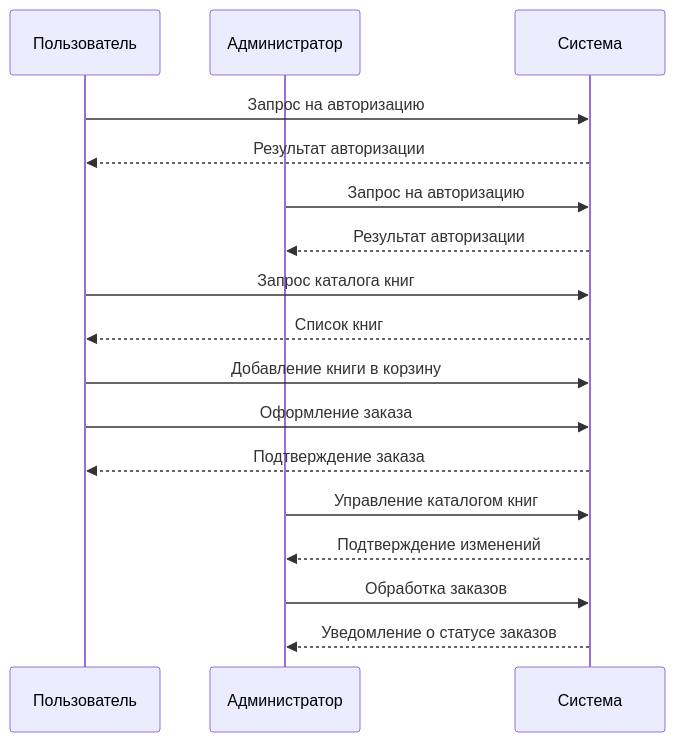
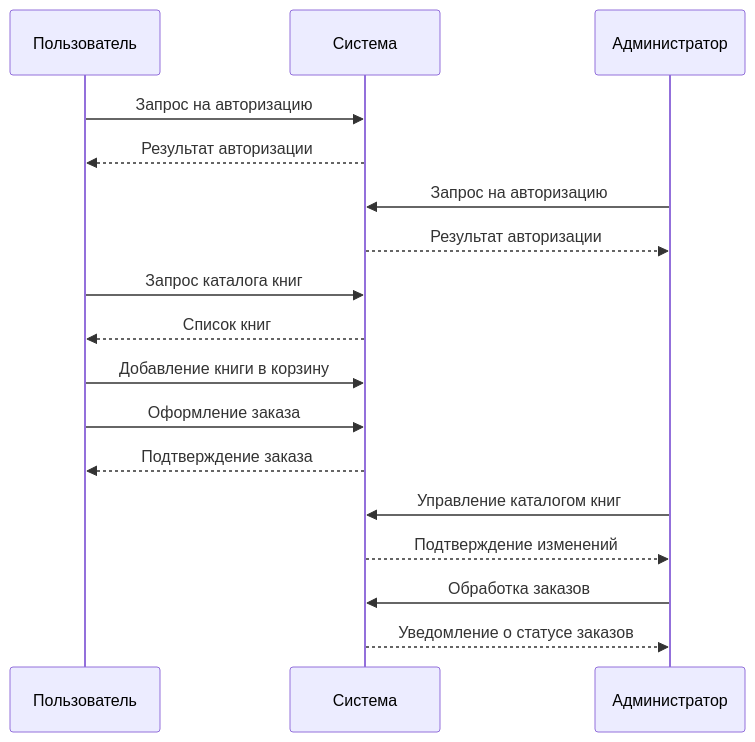
The third of 3 diagrams in lab1/report.md (MANASLU8/chappel-of-examples), drawn with Mermaid before and after one commit. The commit also changed other lines of this file and 1 other file, not shown here.

````diff
--- a/lab1/report.md
+++ b/lab1/report.md
@@ -64,20 +64,20 @@
 ```mermaid
 sequenceDiagram
     participant User as Пользователь
+    participant System as Система
     participant Admin as Администратор
-    participant System as Система
 
     User->>System: Запрос на авторизацию
     System-->>User: Результат авторизации
     Admin->>System: Запрос на авторизацию
     System-->>Admin: Результат авторизации
     User->>System: Запрос каталога книг
     System-->>User: Список книг
     User->>System: Добавление книги в корзину
     User->>System: Оформление заказа
     System-->>User: Подтверждение заказа
     Admin->>System: Управление каталогом книг
     System-->>Admin: Подтверждение изменений
     Admin->>System: Обработка заказов
     System-->>Admin: Уведомление о статусе заказов
 ```
````
